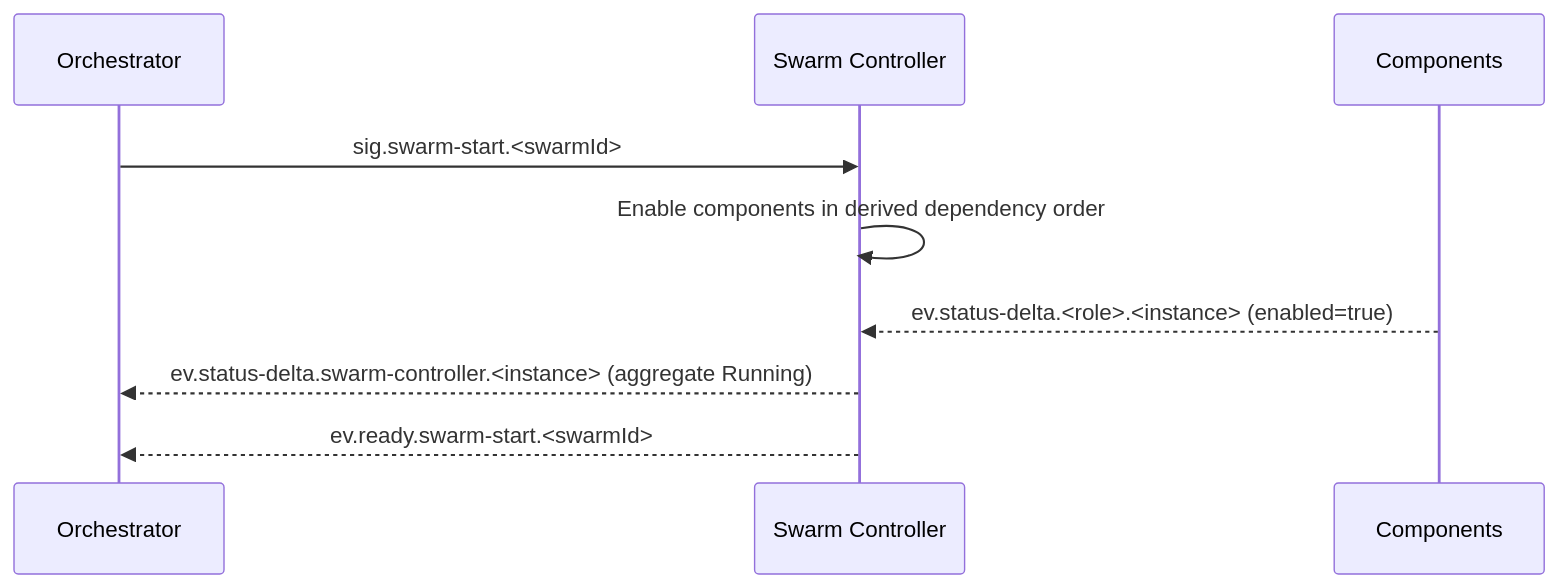
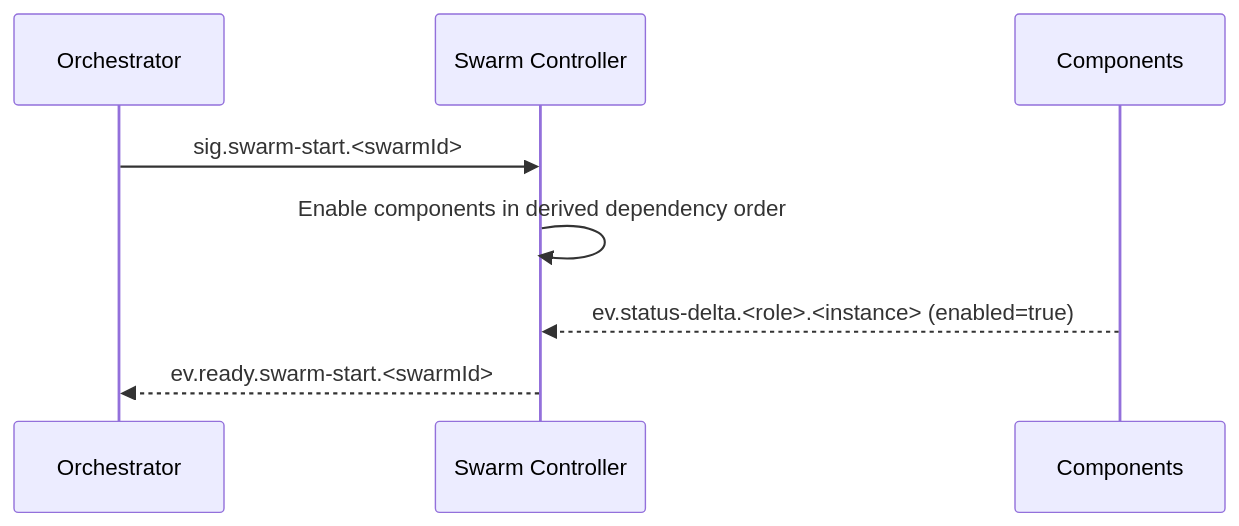
The second of 6 diagrams in docs/ARCHITECTURE.md (sepa79/PocketHive), drawn with Mermaid before and after one commit. The commit also changed other lines of this file and 5 other files, not shown here.

````diff
--- a/docs/ARCHITECTURE.md
+++ b/docs/ARCHITECTURE.md
@@ -161,12 +155,11 @@
 ```mermaid
 sequenceDiagram
   participant QN as Orchestrator
   participant MSH as Swarm Controller
   participant CMP as Components
 
   QN->>MSH: sig.swarm-start.<swarmId>
   MSH->>MSH: Enable components in derived dependency order
   CMP-->>MSH: ev.status-delta.<role>.<instance> (enabled=true)
-  MSH-->>QN: ev.status-delta.swarm-controller.<instance> (aggregate Running)
   MSH-->>QN: ev.ready.swarm-start.<swarmId>
 ```
````
